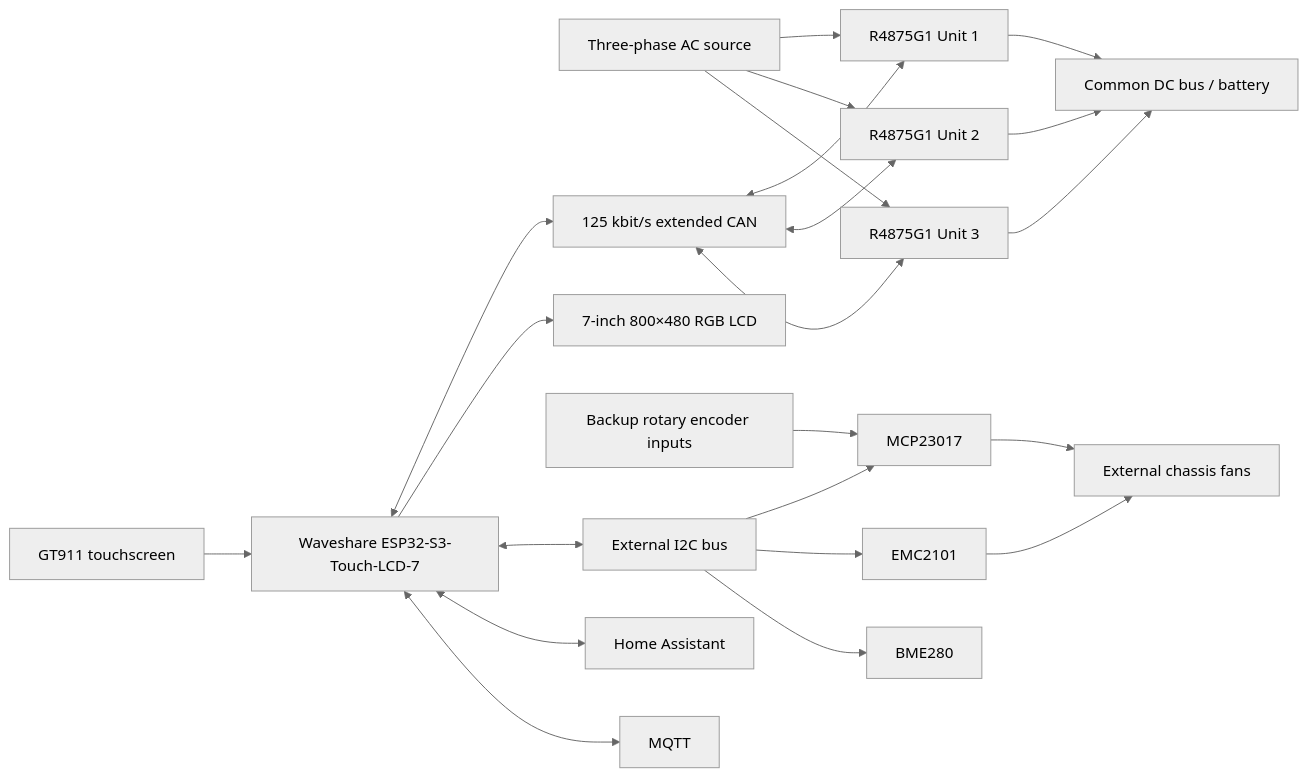
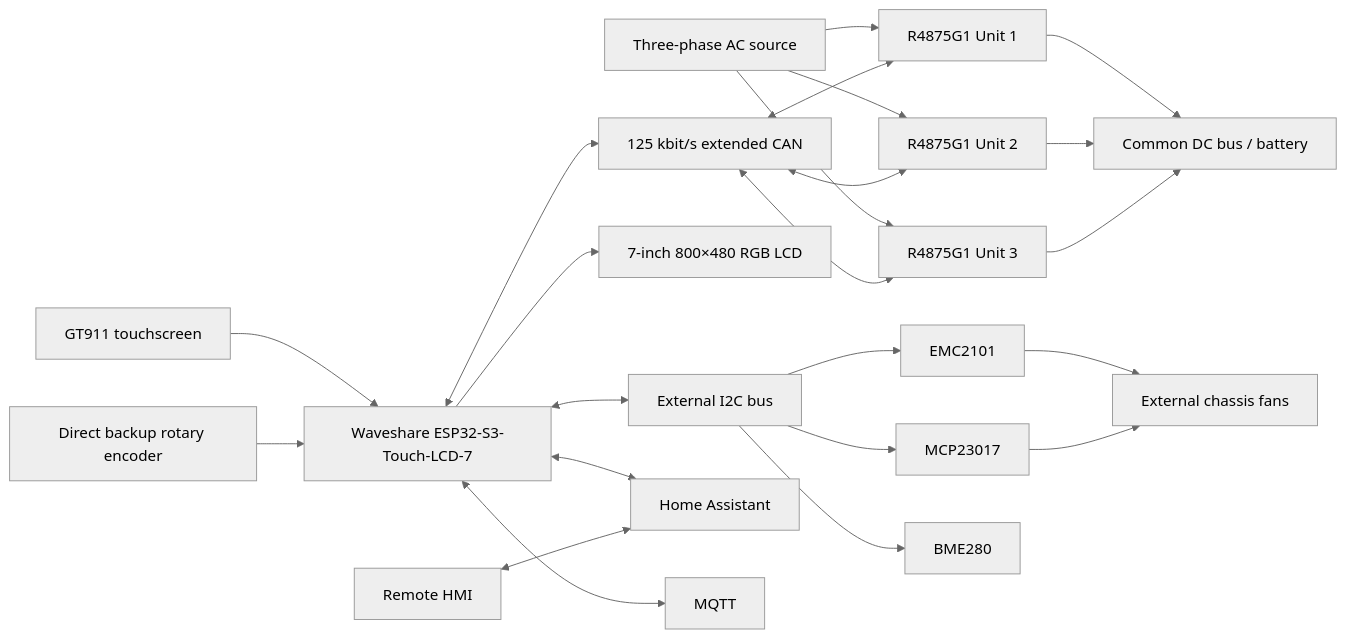
The first of 4 diagrams in R4875G1_CONTROL_FLOWS.md (anwa/esphome-r4875g1-3phase-charger), drawn with Mermaid (neutral theme) before and after one commit. The commit also changed other lines of this file and 5 other files, not shown here.

First line of the commit message:
Align V6 documentation with the finalized hardware architecture

````diff
--- a/R4875G1_CONTROL_FLOWS.md
+++ b/R4875G1_CONTROL_FLOWS.md
@@ -34,30 +34,31 @@
 ```mermaid
 flowchart LR
     AC[Three-phase AC source] --> U1[R4875G1 Unit 1]
     AC --> U2[R4875G1 Unit 2]
     AC --> U3[R4875G1 Unit 3]
 
     U1 --> DCBUS[Common DC bus / battery]
     U2 --> DCBUS
     U3 --> DCBUS
 
     CTRL[Waveshare ESP32-S3-Touch-LCD-7] <--> CAN[125 kbit/s extended CAN]
     CAN <--> U1
     CAN <--> U2
     CAN <--> U3
 
     CTRL --> LCD[7-inch 800×480 RGB LCD]
     TOUCH[GT911 touchscreen] --> CTRL
 
-    ENC[Backup rotary encoder inputs] --> MCP
+    ENC[Direct backup rotary encoder] --> CTRL
     CTRL <--> EXT_I2C[External I2C bus]
     EXT_I2C --> MCP[MCP23017]
     EXT_I2C --> EMC[EMC2101]
     EXT_I2C --> BME[BME280]
 
     EMC --> FANS[External chassis fans]
     MCP --> FANS
 
     CTRL <--> HA[Home Assistant]
+    RHMI[Remote HMI] <--> HA
     CTRL <--> MQTT[MQTT]
 ```
````
